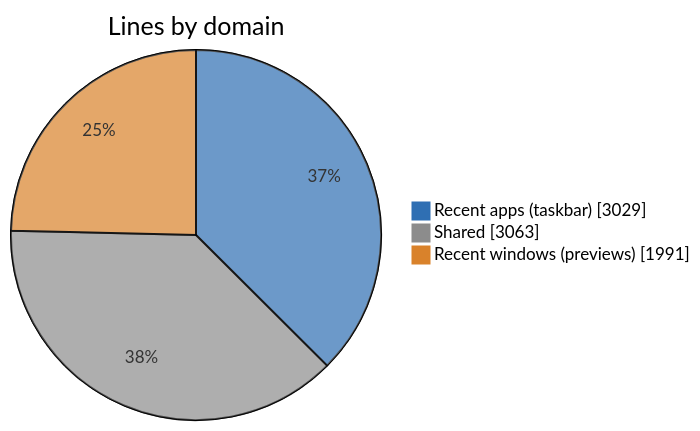
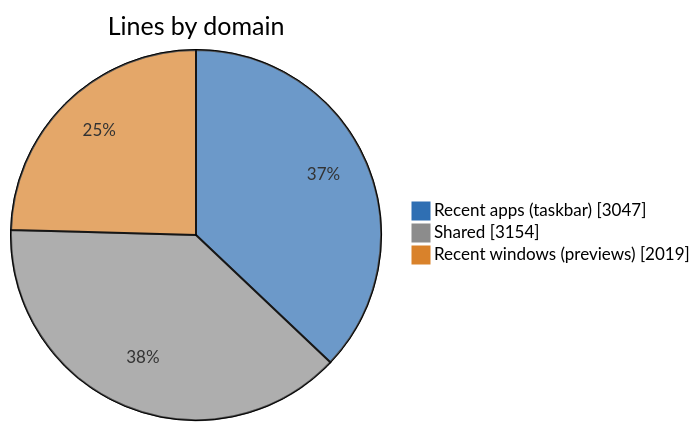
One commit to jvlasek/taskbar-recent-focus-highlight changed the first of 5 diagrams in doc/code/code-breakdown.md. Above: the diagram before and after it, drawn with Mermaid. The commit also changed other lines of this file and 10 other files, not shown here.

````diff
--- a/doc/code/code-breakdown.md
+++ b/doc/code/code-breakdown.md
@@ -15,7 +15,7 @@
 ```mermaid
 %%{init: {"themeVariables": {"pie1": "#2F6FB3", "pie2": "#8C8C8C", "pie3": "#D9822B", "pieOuterStrokeWidth": "1px"}}}%%
 pie showData title Lines by domain
-    "Recent apps (taskbar)" : 3029
-    "Shared" : 3063
-    "Recent windows (previews)" : 1991
+    "Recent apps (taskbar)" : 3047
+    "Shared" : 3154
+    "Recent windows (previews)" : 2019
 ```
````
